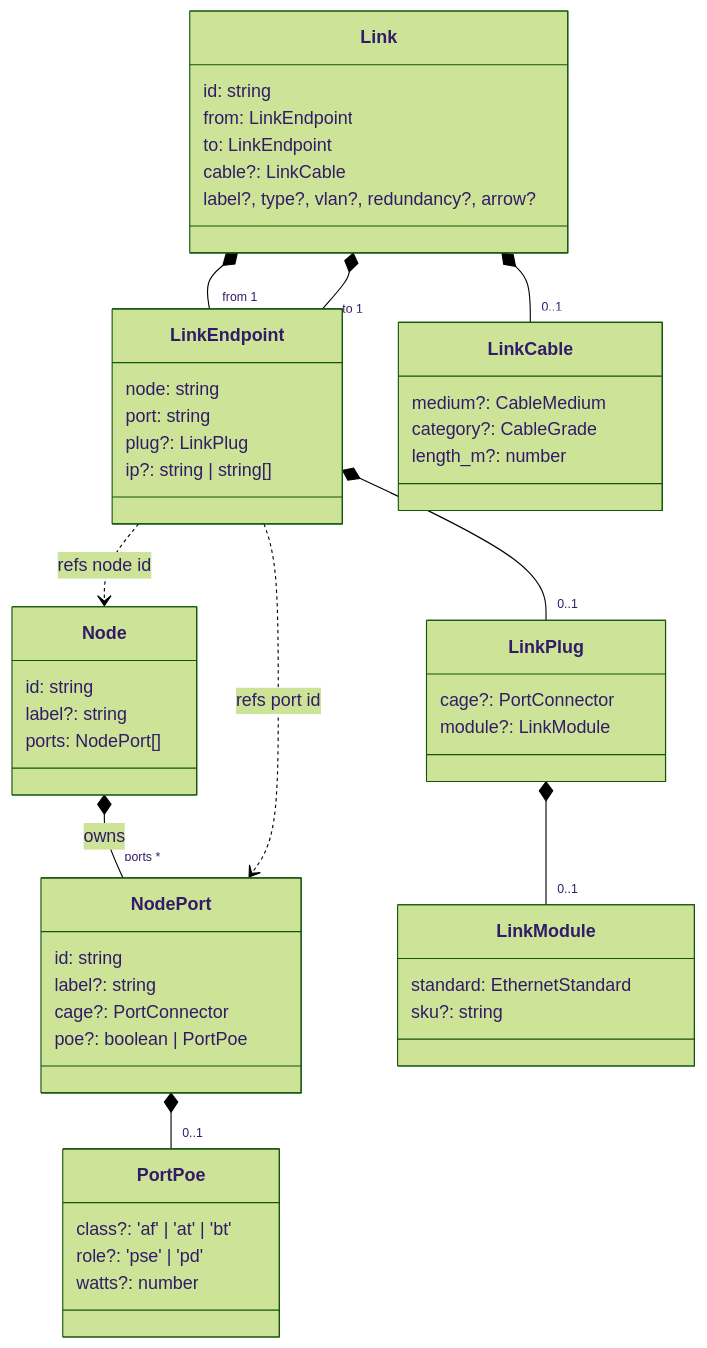
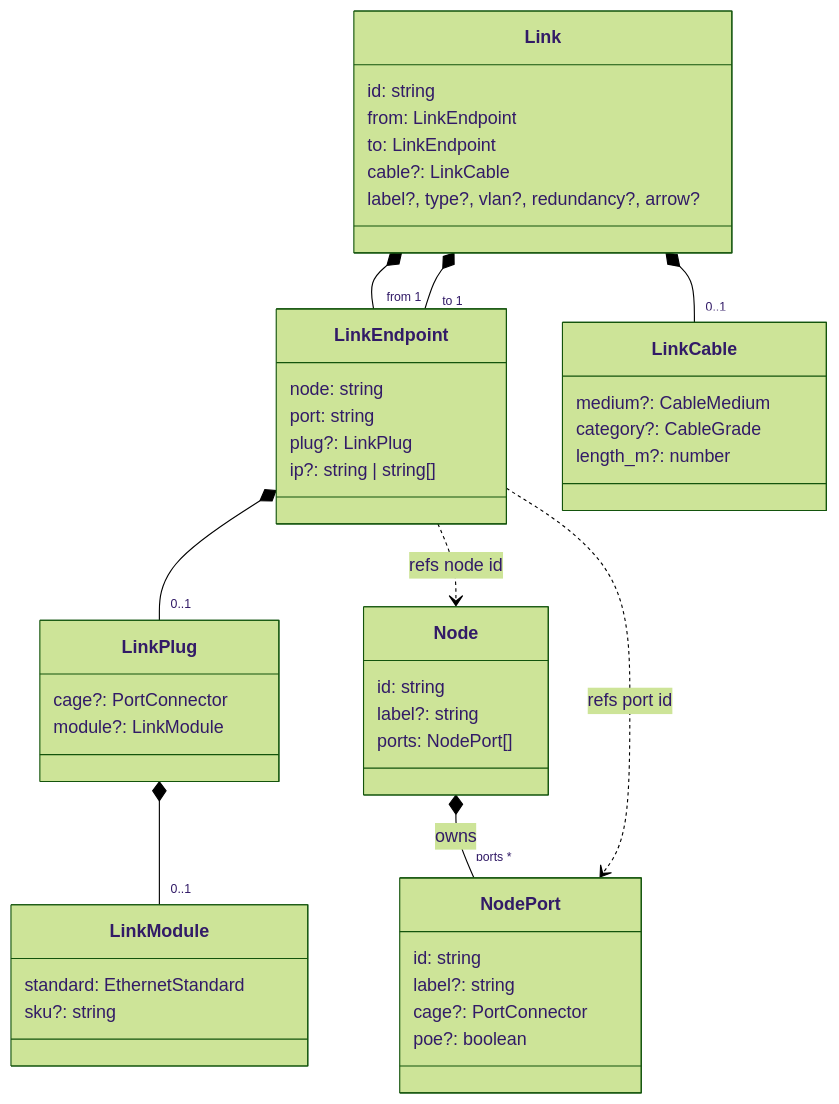
The fifth of 5 diagrams in apps/editor/docs/connection-model.md (konoe-akitoshi/shumoku), drawn with Mermaid (forest theme) before and after one commit. The commit also changed other lines of this file and 3 other files, not shown here.

First line of the commit message:
revert(model): drop PortPoe — PoE detail belongs to catalog spec

````diff
--- a/apps/editor/docs/connection-model.md
+++ b/apps/editor/docs/connection-model.md
@@ -114,55 +114,49 @@
 ```mermaid
 classDiagram
   class Node {
     id: string
     label?: string
     ports: NodePort[]
   }
   class NodePort {
     id: string
     label?: string
     cage?: PortConnector
-    poe?: boolean | PortPoe
-  }
-  class PortPoe {
-    class?: 'af' | 'at' | 'bt'
-    role?: 'pse' | 'pd'
-    watts?: number
+    poe?: boolean
   }
   class Link {
     id: string
     from: LinkEndpoint
     to: LinkEndpoint
     cable?: LinkCable
     label?, type?, vlan?, redundancy?, arrow?
   }
   class LinkEndpoint {
     node: string
     port: string
     plug?: LinkPlug
     ip?: string | string[]
   }
   class LinkPlug {
     cage?: PortConnector
     module?: LinkModule
   }
   class LinkModule {
     standard: EthernetStandard
     sku?: string
   }
   class LinkCable {
     medium?: CableMedium
     category?: CableGrade
     length_m?: number
   }
 
   Node *-- "ports *" NodePort : owns
-  NodePort *-- "0..1" PortPoe
   Link *-- "from 1" LinkEndpoint
   Link *-- "to 1" LinkEndpoint
   Link *-- "0..1" LinkCable
   LinkEndpoint *-- "0..1" LinkPlug
   LinkPlug *-- "0..1" LinkModule
   LinkEndpoint ..> Node : refs node id
   LinkEndpoint ..> NodePort : refs port id
 ```
````
